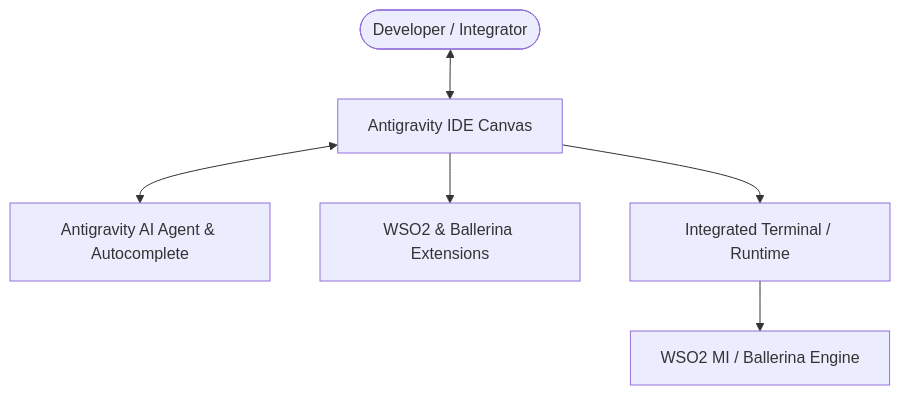
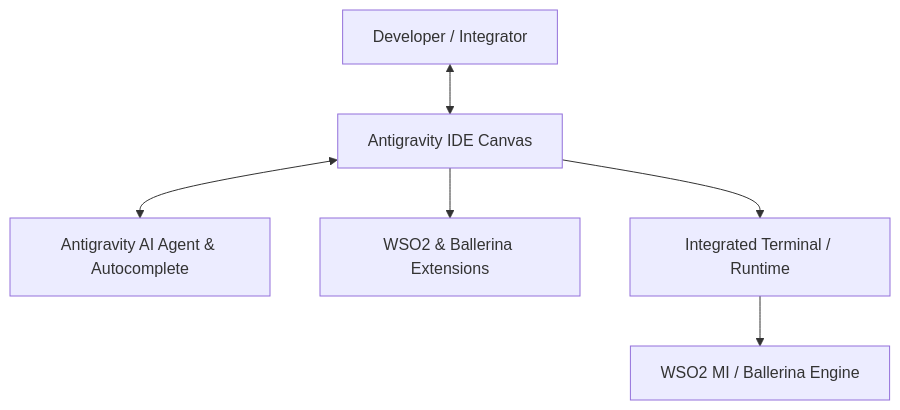
The diagram in materi/wso2/01_dasar_dan_setup.md (jovancamorris/assa-learn-tech), drawn with Mermaid before and after one commit. The commit also changed 11 other files, not shown here.

Commit message:
feat: add foundational learning modules for Ballerina and WSO2 Integrator documentation

````diff
--- a/materi/wso2/01_dasar_dan_setup.md
+++ b/materi/wso2/01_dasar_dan_setup.md
@@ -15,8 +15,8 @@
 ```mermaid
 graph TD
-    User([Developer / Integrator]) <--> AGY[Antigravity IDE Canvas]
-    AGY <--> Agent[Antigravity AI Agent & Autocomplete]
-    AGY --> Ext[WSO2 & Ballerina Extensions]
-    AGY --> Term[Integrated Terminal / Runtime]
-    Term --> Engine[WSO2 MI / Ballerina Engine]
+    User["Developer / Integrator"] <--> AGY["Antigravity IDE Canvas"]
+    AGY <--> Agent["Antigravity AI Agent & Autocomplete"]
+    AGY --> Ext["WSO2 & Ballerina Extensions"]
+    AGY --> Term["Integrated Terminal / Runtime"]
+    Term --> Engine["WSO2 MI / Ballerina Engine"]
 ```
````
